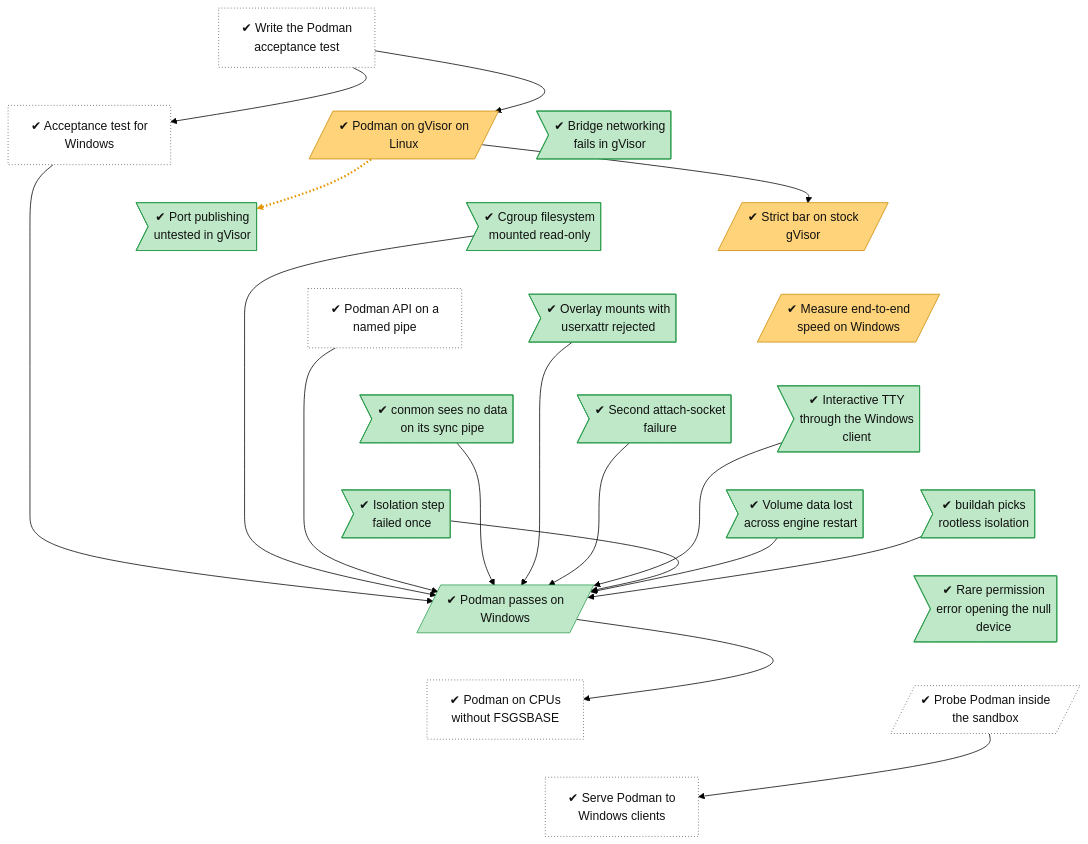
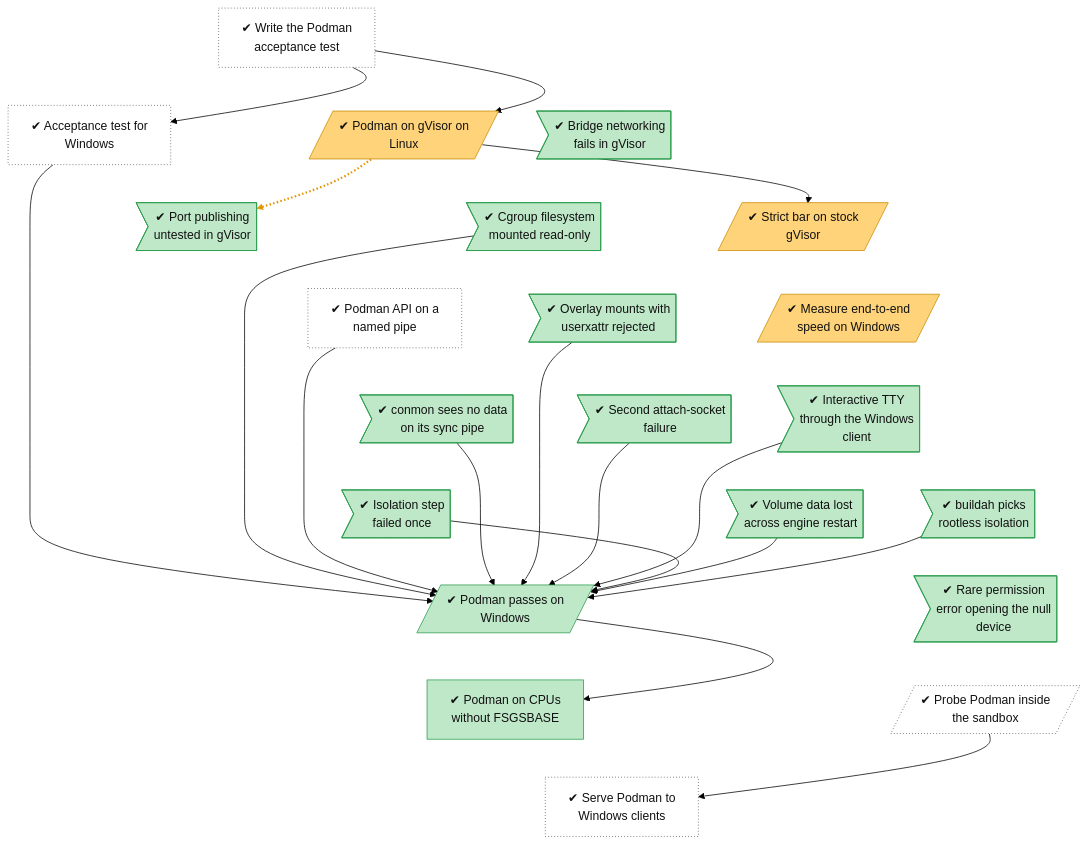
One commit to lhns/gvisor-windows changed the diagram in docs/roadmap/tracks/workloads.md. Above: the diagram before and after it, drawn with Mermaid (forest theme). The commit also changed other lines of this file and 3 other files, not shown here.

````diff
--- a/docs/roadmap/tracks/workloads.md
+++ b/docs/roadmap/tracks/workloads.md
@@ -10,80 +10,80 @@
 ```mermaid
 flowchart TB
     workloads_acceptance_test["✔ Write the Podman<br/>acceptance test"]
     workloads_podman_on_gvisor_linux[/"✔ Podman on gVisor on<br/>Linux"/]
     workloads_acceptance_test_windows["✔ Acceptance test for<br/>Windows"]
     workloads_gvisor_bridge_netlink>"✔ Bridge networking<br/>fails in gVisor"]
     workloads_gvisor_port_publishing>"✔ Port publishing<br/>untested in gVisor"]
     workloads_strict_bar_linux[/"✔ Strict bar on stock<br/>gVisor"/]
     workloads_gvisor_cgroupfs_readonly>"✔ Cgroup filesystem<br/>mounted read-only"]
     workloads_podman_api_named_pipe["✔ Podman API on a<br/>named pipe"]
     workloads_overlay_userxattr>"✔ Overlay mounts with<br/>userxattr rejected"]
     workloads_end_to_end_speed[/"✔ Measure end-to-end<br/>speed on Windows"/]
     workloads_conmon_sync_pipe>"✔ conmon sees no data<br/>on its sync pipe"]
     workloads_conmon_attach_second_cause>"✔ Second attach-socket<br/>failure"]
     workloads_tty_through_windows_client>"✔ Interactive TTY<br/>through the Windows<br/>client"]
     workloads_isolation_flake>"✔ Isolation step<br/>failed once"]
     workloads_volume_lost_on_restart>"✔ Volume data lost<br/>across engine restart"]
     workloads_buildah_thinks_rootless>"✔ buildah picks<br/>rootless isolation"]
     workloads_podman_on_windows[/"✔ Podman passes on<br/>Windows"/]
     workloads_dev_null_eacces>"✔ Rare permission<br/>error opening the null<br/>device"]
     workloads_podman_without_fsgsbase["✔ Podman on CPUs<br/>without FSGSBASE"]
     workloads_podman_probe[/"✔ Probe Podman inside<br/>the sandbox"/]
     workloads_podman_harness["✔ Serve Podman to<br/>Windows clients"]
     workloads_acceptance_test ~~~ workloads_podman_on_gvisor_linux
     workloads_acceptance_test ~~~ workloads_acceptance_test_windows
     workloads_acceptance_test ~~~ workloads_gvisor_bridge_netlink
     workloads_podman_on_gvisor_linux ~~~ workloads_gvisor_port_publishing
     workloads_acceptance_test_windows ~~~ workloads_strict_bar_linux
     workloads_gvisor_bridge_netlink ~~~ workloads_gvisor_cgroupfs_readonly
     workloads_gvisor_port_publishing ~~~ workloads_podman_api_named_pipe
     workloads_strict_bar_linux ~~~ workloads_overlay_userxattr
     workloads_gvisor_cgroupfs_readonly ~~~ workloads_end_to_end_speed
     workloads_podman_api_named_pipe ~~~ workloads_conmon_sync_pipe
     workloads_overlay_userxattr ~~~ workloads_conmon_attach_second_cause
     workloads_end_to_end_speed ~~~ workloads_tty_through_windows_client
     workloads_conmon_sync_pipe ~~~ workloads_isolation_flake
     workloads_conmon_attach_second_cause ~~~ workloads_volume_lost_on_restart
     workloads_tty_through_windows_client ~~~ workloads_buildah_thinks_rootless
     workloads_isolation_flake ~~~ workloads_podman_on_windows
     workloads_volume_lost_on_restart ~~~ workloads_dev_null_eacces
     workloads_buildah_thinks_rootless ~~~ workloads_dev_null_eacces
     workloads_podman_on_windows ~~~ workloads_podman_without_fsgsbase
     workloads_dev_null_eacces ~~~ workloads_podman_probe
     workloads_podman_without_fsgsbase ~~~ workloads_podman_harness
     workloads_podman_probe ~~~ workloads_podman_harness
     workloads_acceptance_test --> workloads_podman_on_gvisor_linux
     workloads_podman_on_gvisor_linux -.-> workloads_gvisor_port_publishing
     workloads_acceptance_test --> workloads_acceptance_test_windows
     workloads_podman_on_gvisor_linux --> workloads_strict_bar_linux
     workloads_acceptance_test_windows --> workloads_podman_on_windows
     workloads_gvisor_cgroupfs_readonly --> workloads_podman_on_windows
     workloads_podman_api_named_pipe --> workloads_podman_on_windows
     workloads_conmon_sync_pipe --> workloads_podman_on_windows
     workloads_overlay_userxattr --> workloads_podman_on_windows
     workloads_conmon_attach_second_cause --> workloads_podman_on_windows
     workloads_tty_through_windows_client --> workloads_podman_on_windows
     workloads_isolation_flake --> workloads_podman_on_windows
     workloads_volume_lost_on_restart --> workloads_podman_on_windows
     workloads_buildah_thinks_rootless --> workloads_podman_on_windows
     workloads_podman_on_windows --> workloads_podman_without_fsgsbase
     workloads_podman_probe --> workloads_podman_harness
     linkStyle 23 stroke:#e69500,stroke-width:3px,stroke-dasharray:2 3
     classDef vsucc fill:#2e9e4f,stroke:#1b6b34,color:#fff
     classDef succ fill:#bfe8c8,stroke:#2e9e4f,color:#111
     classDef mixed fill:#ffd37a,stroke:#c98a00,color:#111
     classDef bad fill:#f28b82,stroke:#b3261e,color:#111
     classDef dead fill:#e6e6e6,stroke:#777,stroke-dasharray:5 5,color:#555
     classDef inprog fill:#a8cdf5,stroke:#1f6fc5,color:#111
     classDef next fill:#fff,stroke:#333,color:#111
     classDef blocked fill:#fff,stroke:#b3261e,stroke-dasharray:2 2,color:#111
     classDef parked fill:#f3f3f3,stroke:#999,color:#555
     classDef unrated fill:#fff,stroke:#333,stroke-dasharray:1 3,color:#111
     classDef gate fill:#d9c2f0,stroke:#7b3fb5,color:#111
     classDef decided fill:#ece0f7,stroke:#7b3fb5,stroke-dasharray:2 2,color:#111
     classDef finding fill:#ffe0b2,stroke:#d84315,stroke-width:2px,color:#111
     classDef waiting fill:#e3f2fd,stroke:#1f6fc5,stroke-dasharray:5 5,color:#111
-    class workloads_acceptance_test,workloads_acceptance_test_windows,workloads_podman_api_named_pipe,workloads_podman_without_fsgsbase,workloads_podman_probe,workloads_podman_harness unrated
+    class workloads_acceptance_test,workloads_acceptance_test_windows,workloads_podman_api_named_pipe,workloads_podman_probe,workloads_podman_harness unrated
     class workloads_podman_on_gvisor_linux,workloads_strict_bar_linux,workloads_end_to_end_speed mixed
-    class workloads_gvisor_bridge_netlink,workloads_gvisor_port_publishing,workloads_gvisor_cgroupfs_readonly,workloads_overlay_userxattr,workloads_conmon_sync_pipe,workloads_conmon_attach_second_cause,workloads_tty_through_windows_client,workloads_isolation_flake,workloads_volume_lost_on_restart,workloads_buildah_thinks_rootless,workloads_podman_on_windows,workloads_dev_null_eacces succ
+    class workloads_gvisor_bridge_netlink,workloads_gvisor_port_publishing,workloads_gvisor_cgroupfs_readonly,workloads_overlay_userxattr,workloads_conmon_sync_pipe,workloads_conmon_attach_second_cause,workloads_tty_through_windows_client,workloads_isolation_flake,workloads_volume_lost_on_restart,workloads_buildah_thinks_rootless,workloads_podman_on_windows,workloads_dev_null_eacces,workloads_podman_without_fsgsbase succ
 ```
````
